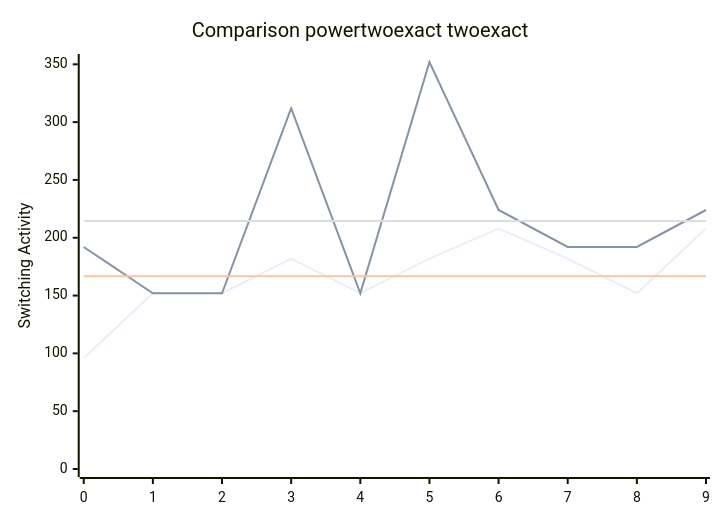
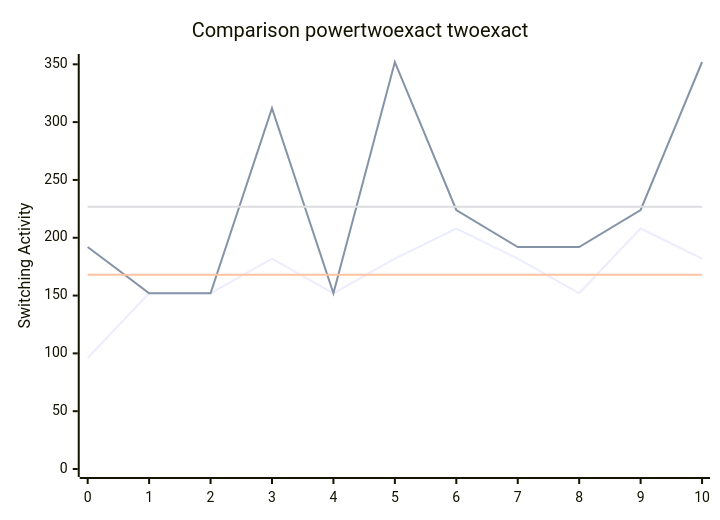
One commit to FeldmeierMichael/Exact-Power-Synthesis changed the diagram in benchmark.md. Above: the diagram before and after it, drawn with Mermaid. The commit also changed other lines of this file and 2 other files, not shown here.

````diff
--- a/benchmark.md
+++ b/benchmark.md
@@ -22,10 +24,10 @@
 ```mermaid
 xychart-beta
     title "Comparison powertwoexact twoexact"
-    x-axis [0, 1, 2, 3, 4, 5, 6, 7, 8, 9]
+    x-axis [0, 1, 2, 3, 4, 5, 6, 7, 8, 9, 10]
     y-axis "Switching Activity" 0-->352
-    line [96, 152, 152, 182, 152, 182, 208, 182, 152, 208]
-    line [192, 152, 152, 312, 152, 352, 224, 192, 192, 224]
-    line [166.6, 166.6, 166.6, 166.6, 166.6, 166.6, 166.6, 166.6, 166.6, 166.6]
-    line [214.4, 214.4, 214.4, 214.4, 214.4, 214.4, 214.4, 214.4, 214.4, 214.4]
+    line [96, 152, 152, 182, 152, 182, 208, 182, 152, 208, 182]
+    line [192, 152, 152, 312, 152, 352, 224, 192, 192, 224, 352]
+    line [168.0, 168.0, 168.0, 168.0, 168.0, 168.0, 168.0, 168.0, 168.0, 168.0, 168.0]
+    line [226.9090909090909, 226.9090909090909, 226.9090909090909, 226.9090909090909, 226.9090909090909, 226.9090909090909, 226.9090909090909, 226.9090909090909, 226.9090909090909, 226.9090909090909, 226.9090909090909]
 ```
````
